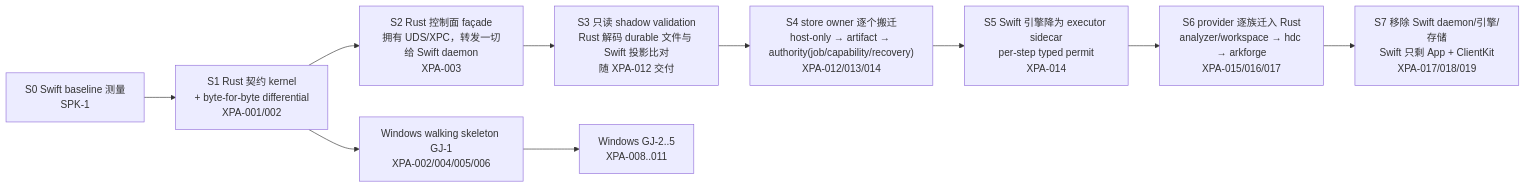
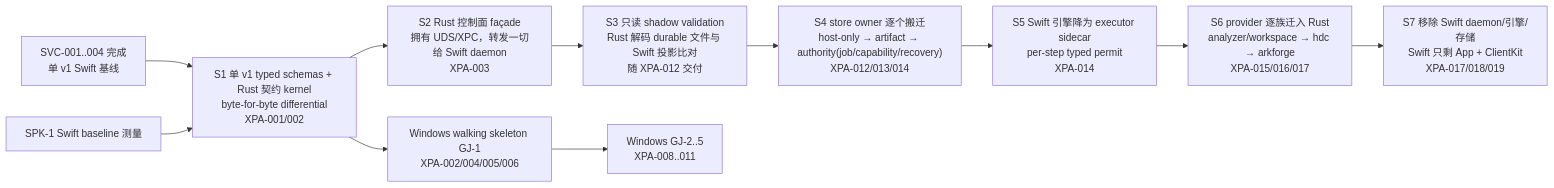
The fifth of 6 diagrams in docs/design/cross-platform/rust-core-cross-platform-architecture.md (ArkDeck/ArkDeck), drawn with Mermaid before and after one commit. The commit also changed other lines of this file and 11 other files, not shown here.

````diff
--- a/docs/design/cross-platform/rust-core-cross-platform-architecture.md
+++ b/docs/design/cross-platform/rust-core-cross-platform-architecture.md
@@ -470,12 +472,13 @@
 ```mermaid
 flowchart LR
-  S0["S0 Swift baseline 测量<br/>SPK-1"] --> S1["S1 Rust 契约 kernel<br/>+ byte-for-byte differential<br/>XPA-001/002"]
+  SV["SVC-001..004 完成<br/>单 v1 Swift 基线"] --> S1["S1 单 v1 typed schemas + Rust 契约 kernel<br/>byte-for-byte differential<br/>XPA-001/002"]
+  S0["SPK-1 Swift baseline 测量"] --> S1
   S1 --> S2["S2 Rust 控制面 façade<br/>拥有 UDS/XPC，转发一切给 Swift daemon<br/>XPA-003"]
   S2 --> S3["S3 只读 shadow validation<br/>Rust 解码 durable 文件与 Swift 投影比对<br/>随 XPA-012 交付"]
   S3 --> S4["S4 store owner 逐个搬迁<br/>host-only → artifact → authority(job/capability/recovery)<br/>XPA-012/013/014"]
   S4 --> S5["S5 Swift 引擎降为 executor sidecar<br/>per-step typed permit<br/>XPA-014"]
   S5 --> S6["S6 provider 逐族迁入 Rust<br/>analyzer/workspace → hdc → arkforge<br/>XPA-015/016/017"]
   S6 --> S7["S7 移除 Swift daemon/引擎/存储<br/>Swift 只剩 App + ClientKit<br/>XPA-017/018/019"]
   W1["Windows walking skeleton GJ-1<br/>XPA-002/004/005/006"] --> W2["Windows GJ-2..5<br/>XPA-008..011"]
   S1 --> W1
 ```
````
